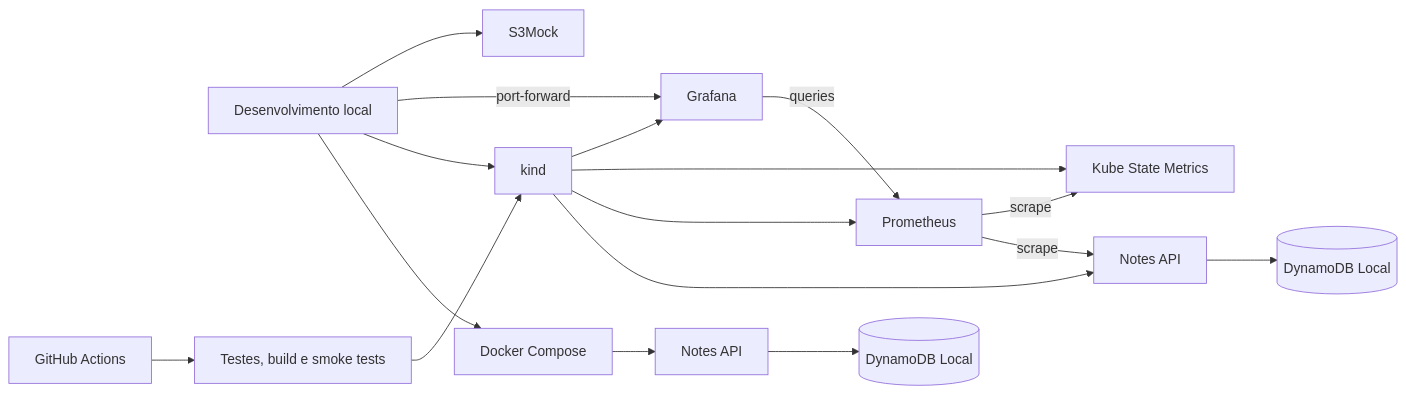
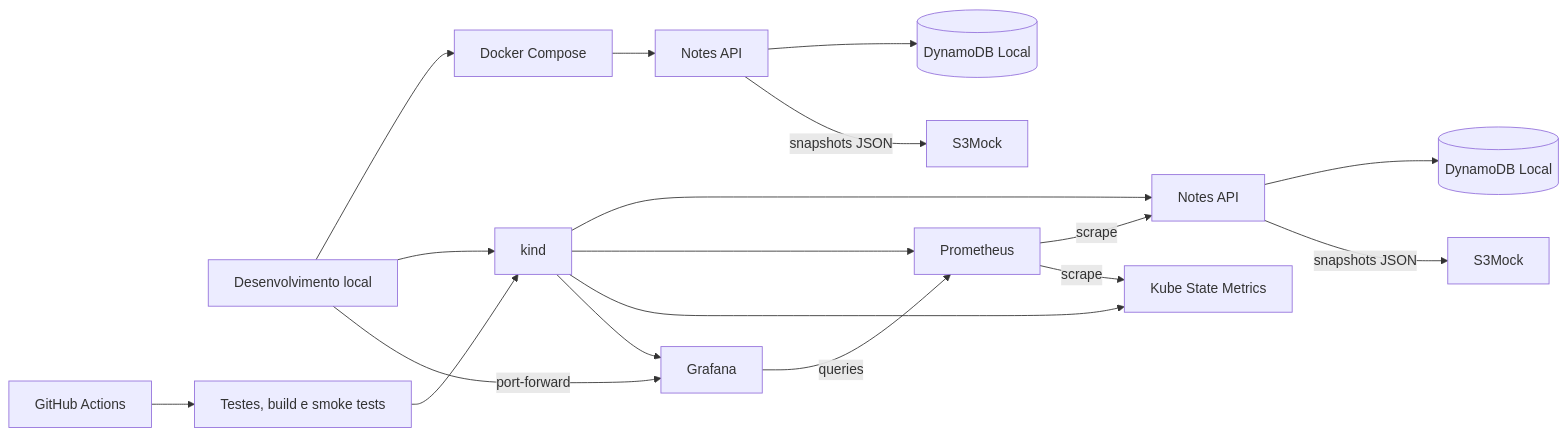
One commit to mrlsouz/spring-aws-k8s-lab changed the diagram in README.md. Above: the diagram before and after it, drawn with Mermaid. The commit also changed other lines of this file and 2 other files, not shown here.

````diff
--- a/README.md
+++ b/README.md
@@ -14,19 +14,20 @@
 ```mermaid
 flowchart LR
     dev[Desenvolvimento local] --> compose[Docker Compose]
     compose --> api[Notes API]
     api --> ddb[(DynamoDB Local)]
+    api -->|snapshots JSON| s3mock[S3Mock]
     dev --> kind[kind]
     kind --> kapi[Notes API]
     kapi --> kddb[(DynamoDB Local)]
+    kapi -->|snapshots JSON| ks3[S3Mock]
     kind --> prom[Prometheus]
     kind --> ksm[Kube State Metrics]
     kind --> grafana[Grafana]
     prom -->|scrape| kapi
     prom -->|scrape| ksm
     grafana -->|queries| prom
     dev -->|port-forward| grafana
-    dev --> s3[S3Mock]
     gha[GitHub Actions] --> ci[Testes, build e smoke tests]
     ci --> kind
 ```
````
